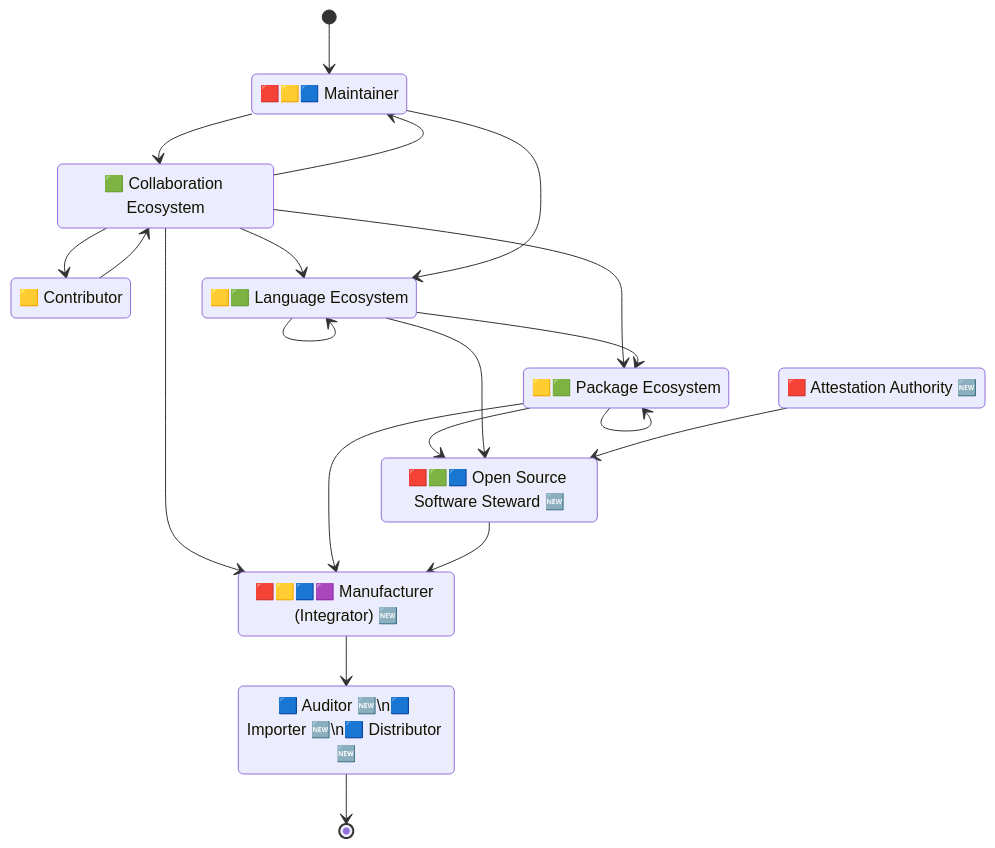
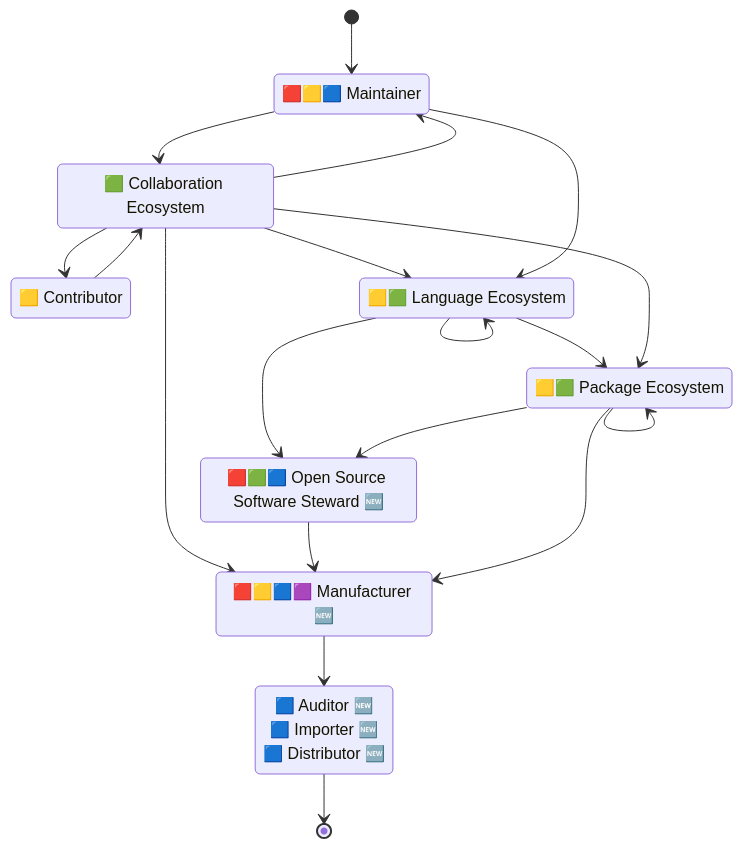
One commit to CPAN-Security/security.metacpan.org changed the first of 2 diagrams in docs/eu-cra-summary.md. Above: the diagram before and after it, drawn with Mermaid. The commit also changed other lines of this file, not shown here.

Commit message:
Update Open Source Steward Supply-Chain to match the one in the SBOM-Supplychain doc

````diff
--- a/docs/eu-cra-summary.md
+++ b/docs/eu-cra-summary.md
@@ -243,37 +243,35 @@
 ```mermaid
 stateDiagram-v2
     direction TB
 
     state "🟥🟨🟦 Maintainer" as environment_maintainer
     state "🟨 Contributor" as environment_contributor
     state "🟩 Collaboration Ecosystem" as ecosystem_repo
     state "🟨🟩 Language Ecosystem" as ecosystem_lang
     state "🟨🟩 Package Ecosystem" as ecosystem_package
-    state "🟥 Attestation Authority 🆕" as authority_attestation
     state "🟥🟩🟦 Open Source Software Steward 🆕" as ecosystem_steward
-    state "🟥🟨🟦🟪 Manufacturer (Integrator) 🆕" as environment_manufacturer
-    state "🟦 Auditor 🆕\n🟦 Importer 🆕\n🟦 Distributor 🆕" as authority_auditor
+    state "🟥🟨🟦🟪 Manufacturer 🆕" as environment_manufacturer
+    state "🟦 Auditor 🆕<br>🟦 Importer 🆕<br>🟦 Distributor 🆕" as authority_auditor
 
     [*]                      --> environment_maintainer
     ecosystem_repo           --> environment_maintainer
     ecosystem_repo           --> environment_contributor
+    ecosystem_lang           --> ecosystem_package
     ecosystem_repo           --> ecosystem_package
     ecosystem_repo           --> ecosystem_lang
     ecosystem_repo           --> environment_manufacturer
     environment_maintainer   --> ecosystem_repo
     environment_maintainer   --> ecosystem_lang
     environment_contributor  --> ecosystem_repo
-    ecosystem_lang           --> ecosystem_lang
-    ecosystem_lang           --> ecosystem_package
     ecosystem_package        --> ecosystem_package
+    ecosystem_lang           --> ecosystem_steward
     ecosystem_package        --> ecosystem_steward
-    ecosystem_lang           --> ecosystem_steward
-    authority_attestation    --> ecosystem_steward
-    ecosystem_package        --> environment_manufacturer
     ecosystem_steward        --> environment_manufacturer
     environment_manufacturer --> authority_auditor
+    ecosystem_package        --> environment_manufacturer
+    ecosystem_lang           --> ecosystem_lang
     authority_auditor        --> [*]
 
     %% Copyright © 2024 Salve J. Nilsen <sjn@oslo.pm>
     %% Some rights reserved. Licensed CC-BY-SA-4.0
 ```
````
